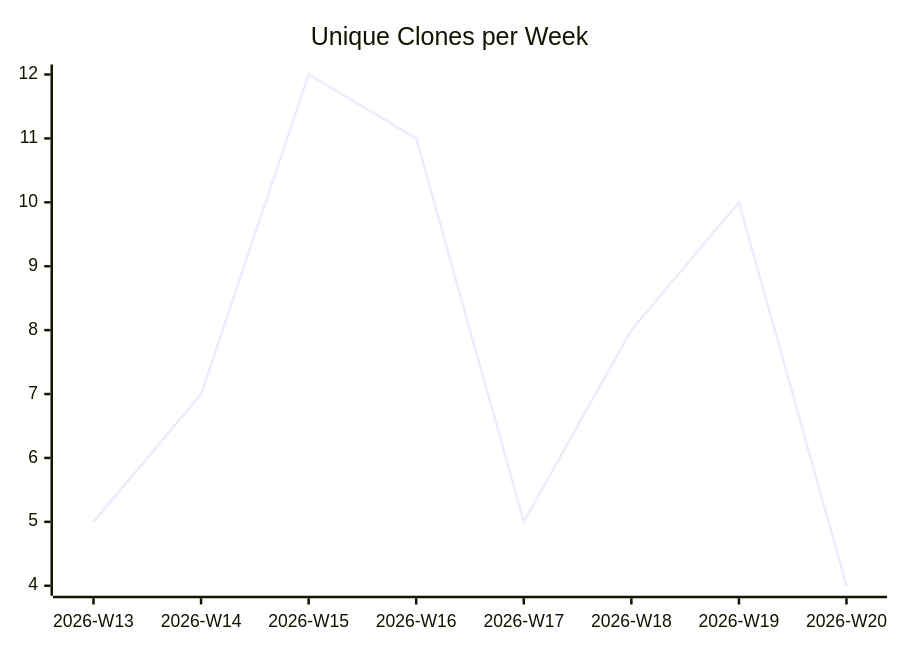
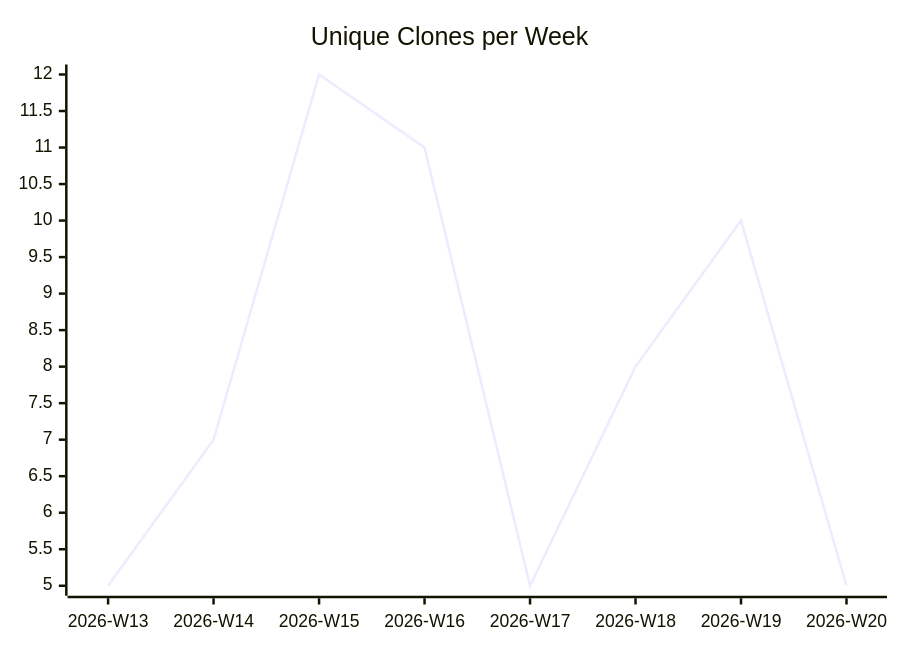
The third of 3 diagrams in karlmdavis/fhir-benchmarks/README.md (justdavis-family/github-analytics-data), drawn with Mermaid before and after one commit. The commit also changed other lines of this file and 189 other files, not shown here.

````diff
--- a/karlmdavis/fhir-benchmarks/README.md
+++ b/karlmdavis/fhir-benchmarks/README.md
@@ -19,6 +19,6 @@
 ```mermaid
 xychart-beta
   title "Unique Clones per Week"
   x-axis ["2026-W13", "2026-W14", "2026-W15", "2026-W16", "2026-W17", "2026-W18", "2026-W19", "2026-W20"]
-  line [5, 7, 12, 11, 5, 8, 10, 4]
+  line [5, 7, 12, 11, 5, 8, 10, 5]
 ```
````
